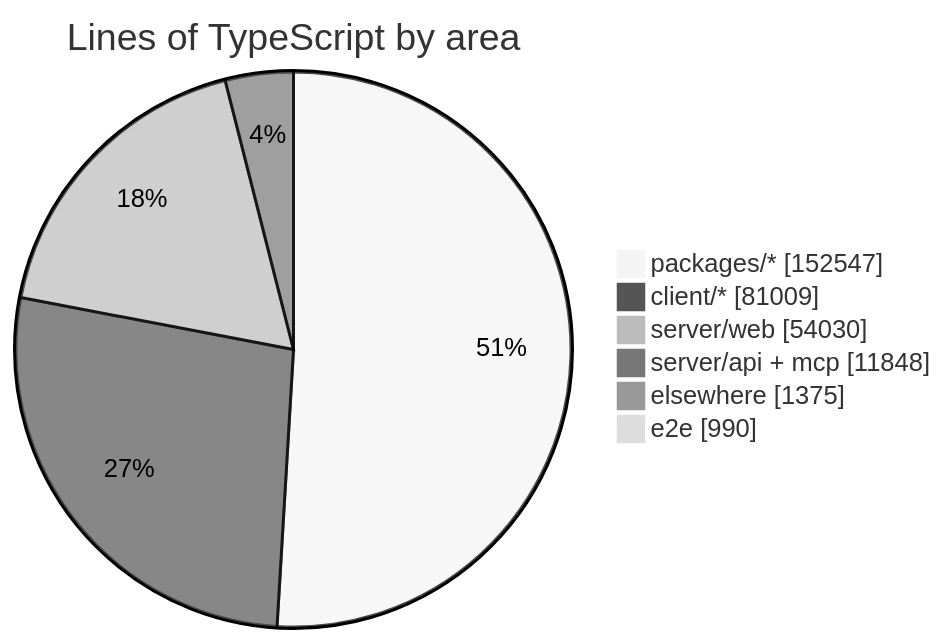
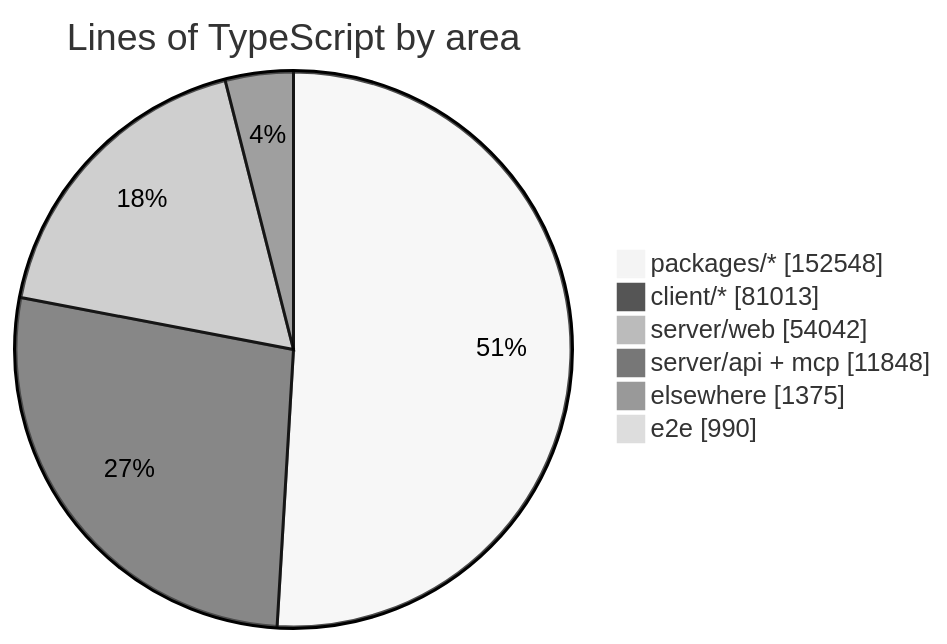
The diagram in README.md (crossworks-engineering/mantle), drawn with Mermaid (neutral theme) before and after one commit. The commit also changed other lines of this file and 4 other files, not shown here.

````diff
--- a/README.md
+++ b/README.md
@@ -279,9 +279,9 @@
 ```mermaid
 pie showData title Lines of TypeScript by area
-    "packages/*" : 152547
-    "client/*" : 81009
-    "server/web" : 54030
+    "packages/*" : 152548
+    "client/*" : 81013
+    "server/web" : 54042
     "server/api + mcp" : 11848
     "elsewhere" : 1375
     "e2e" : 990
 ```
````
